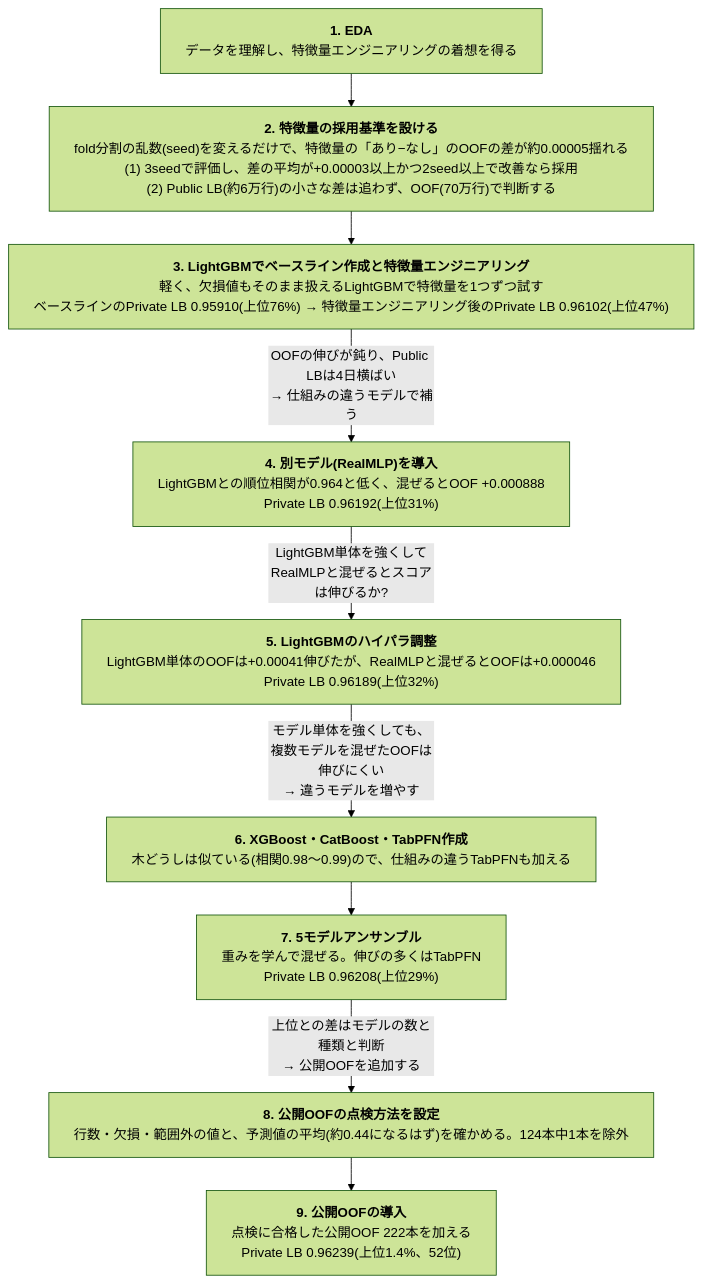
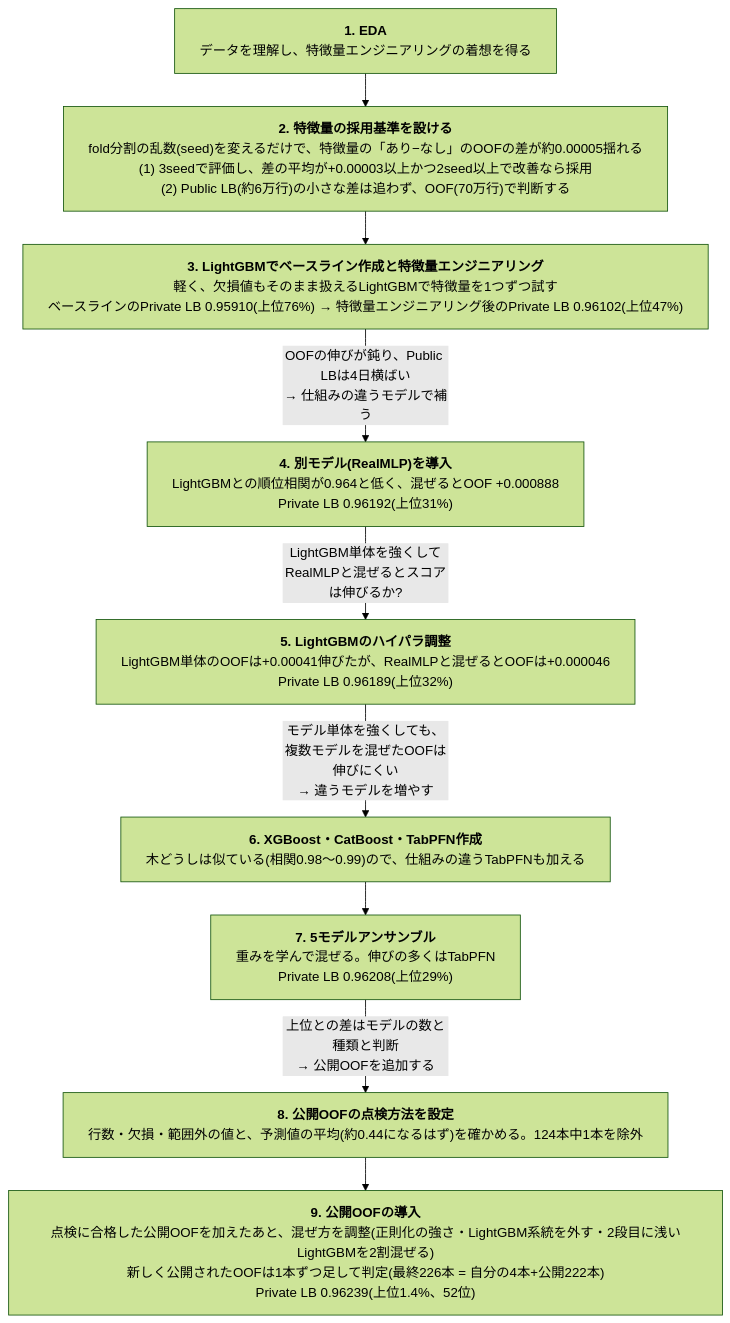
Before and after one commit to aramaki5443-art/kaggle-s6e10-airline-satisfaction: the first of 3 diagrams in README.md, drawn with Mermaid (forest theme).

Commit message:
README: フロー図9の箱に、導入後の混ぜ方の調整と1本ずつの追加を記載
Claude-Session: https://claude.ai/code/session_01W4XQw12fApd9PttvvKTwbS

````diff
--- a/README.md
+++ b/README.md
@@ -21,24 +21,24 @@
 ```mermaid
 ---
 config:
   flowchart:
     wrappingWidth: 800
     rankSpacing: 40
 ---
 flowchart TD
   S1["<b>1. EDA</b><br>データを理解し、特徴量エンジニアリングの着想を得る"]
   SC["<b>2. 特徴量の採用基準を設ける</b><br>fold分割の乱数(seed)を変えるだけで、特徴量の「あり−なし」のOOFの差が約0.00005揺れる<br>(1) 3seedで評価し、差の平均が+0.00003以上かつ2seed以上で改善なら採用<br>(2) Public LB(約6万行)の小さな差は追わず、OOF(70万行)で判断する"]
   S2["<b>3. LightGBMでベースライン作成と特徴量エンジニアリング</b><br>軽く、欠損値もそのまま扱えるLightGBMで特徴量を1つずつ試す<br>ベースラインのPrivate LB 0.95910(上位76%) → 特徴量エンジニアリング後のPrivate LB 0.96102(上位47%)"]
   S3["<b>4. 別モデル(RealMLP)を導入</b><br>LightGBMとの順位相関が0.964と低く、混ぜるとOOF +0.000888<br>Private LB 0.96192(上位31%)"]
   S4["<b>5. LightGBMのハイパラ調整</b><br>LightGBM単体のOOFは+0.00041伸びたが、RealMLPと混ぜるとOOFは+0.000046<br>Private LB 0.96189(上位32%)"]
   S5["<b>6. XGBoost・CatBoost・TabPFN作成</b><br>木どうしは似ている(相関0.98〜0.99)ので、仕組みの違うTabPFNも加える"]
   S6["<b>7. 5モデルアンサンブル</b><br>重みを学んで混ぜる。伸びの多くはTabPFN<br>Private LB 0.96208(上位29%)"]
   SK["<b>8. 公開OOFの点検方法を設定</b><br>行数・欠損・範囲外の値と、予測値の平均(約0.44になるはず)を確かめる。124本中1本を除外"]
-  S7["<b>9. 公開OOFの導入</b><br>点検に合格した公開OOF 222本を加える<br>Private LB 0.96239(上位1.4%、52位)"]
+  S7["<b>9. 公開OOFの導入</b><br>点検に合格した公開OOFを加えたあと、混ぜ方を調整(正則化の強さ・LightGBM系統を外す・2段目に浅いLightGBMを2割混ぜる)<br>新しく公開されたOOFは1本ずつ足して判定(最終226本 = 自分の4本+公開222本)<br>Private LB 0.96239(上位1.4%、52位)"]
   S1 --> SC --> S2
   S2 -->|"OOFの伸びが鈍り、Public LBは4日横ばい<br>→ 仕組みの違うモデルで補う"| S3
   S3 -->|"LightGBM単体を強くしてRealMLPと混ぜるとスコアは伸びるか?"| S4
   S4 -->|"モデル単体を強くしても、複数モデルを混ぜたOOFは伸びにくい<br>→ 違うモデルを増やす"| S5
   S5 --> S6
   S6 -->|"上位との差はモデルの数と種類と判断<br>→ 公開OOFを追加する"| SK --> S7
 ```
````
